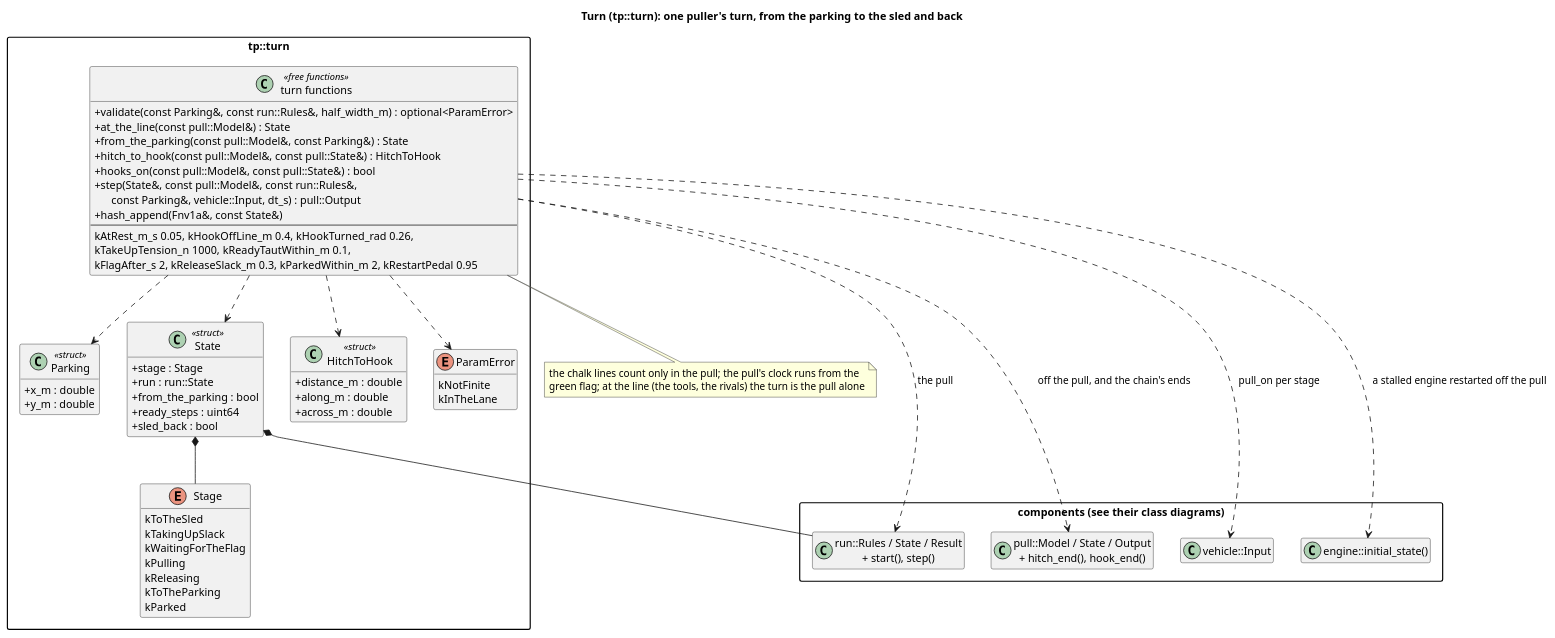
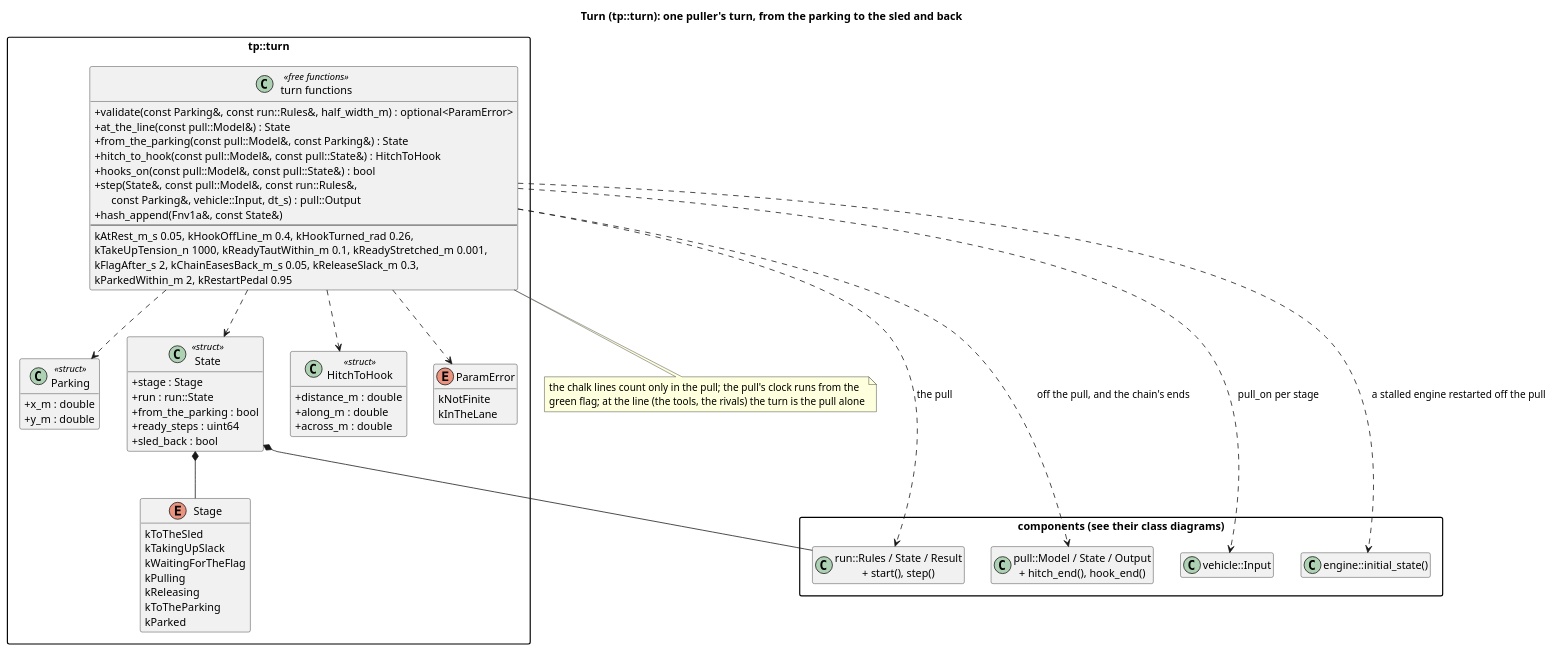
One commit to wversteeg/TractorPulling changed the diagram in docs/diagrams/turn_classes.puml. Above: the diagram before and after it, drawn with PlantUML. The commit also changed 15 other files, not shown here.

First line of the commit message:
Address the review: brakes once the clutch is out, flag after the jolt

```diff
--- a/docs/diagrams/turn_classes.puml
+++ b/docs/diagrams/turn_classes.puml
@@ -1,72 +1,73 @@
 @startuml turn_classes
 title Turn (tp::turn): one puller's turn, from the parking to the sled and back
 hide empty members
 skinparam packageStyle rectangle
 skinparam classAttributeIconSize 0
 
 package "components (see their class diagrams)" {
   class "run::Rules / State / Result\n+ start(), step()" as Run
   class "pull::Model / State / Output\n+ hitch_end(), hook_end()" as Pull
   class "vehicle::Input" as Input
   class "engine::initial_state()" as Engine
 }
 
 package "tp::turn" {
   enum Stage {
     kToTheSled
     kTakingUpSlack
     kWaitingForTheFlag
     kPulling
     kReleasing
     kToTheParking
     kParked
   }
   class Parking <<struct>> {
     +x_m : double
     +y_m : double
   }
   class State <<struct>> {
     +stage : Stage
     +run : run::State
     +from_the_parking : bool
     +ready_steps : uint64
     +sled_back : bool
   }
   class HitchToHook <<struct>> {
     +distance_m : double
     +along_m : double
     +across_m : double
   }
   enum ParamError {
     kNotFinite
     kInTheLane
   }
   class "turn functions" as TurnFns <<free functions>> {
     +validate(const Parking&, const run::Rules&, half_width_m) : optional<ParamError>
     +at_the_line(const pull::Model&) : State
     +from_the_parking(const pull::Model&, const Parking&) : State
     +hitch_to_hook(const pull::Model&, const pull::State&) : HitchToHook
     +hooks_on(const pull::Model&, const pull::State&) : bool
     +step(State&, const pull::Model&, const run::Rules&,\n      const Parking&, vehicle::Input, dt_s) : pull::Output
     +hash_append(Fnv1a&, const State&)
     --
     kAtRest_m_s 0.05, kHookOffLine_m 0.4, kHookTurned_rad 0.26,
-    kTakeUpTension_n 1000, kReadyTautWithin_m 0.1,
-    kFlagAfter_s 2, kReleaseSlack_m 0.3, kParkedWithin_m 2, kRestartPedal 0.95
+    kTakeUpTension_n 1000, kReadyTautWithin_m 0.1, kReadyStretched_m 0.001,
+    kFlagAfter_s 2, kChainEasesBack_m_s 0.05, kReleaseSlack_m 0.3,
+    kParkedWithin_m 2, kRestartPedal 0.95
   }
   State *-- Stage
   TurnFns ..> State
   TurnFns ..> Parking
   TurnFns ..> HitchToHook
   TurnFns ..> ParamError
 }
 State *-- Run
 TurnFns ..> Run : the pull
 TurnFns ..> Pull : off the pull, and the chain's ends
 TurnFns ..> Input : pull_on per stage
 TurnFns ..> Engine : a stalled engine restarted off the pull
 note bottom of TurnFns
   the chalk lines count only in the pull; the pull's clock runs from the
   green flag; at the line (the tools, the rivals) the turn is the pull alone
 end note
 @enduml
```
